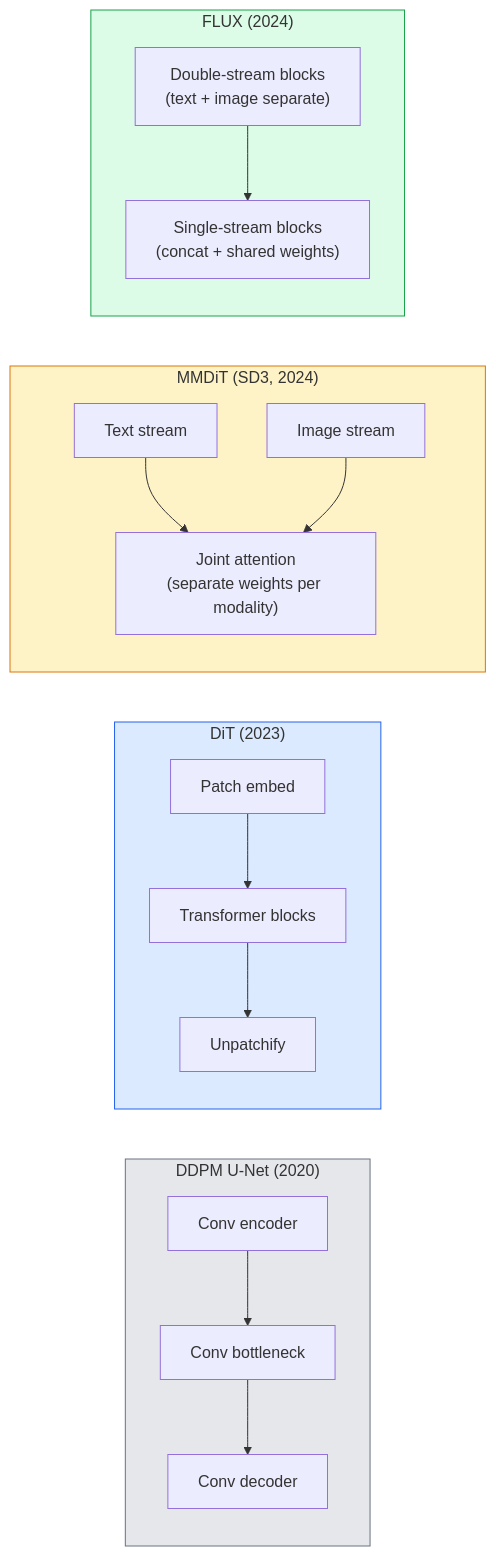
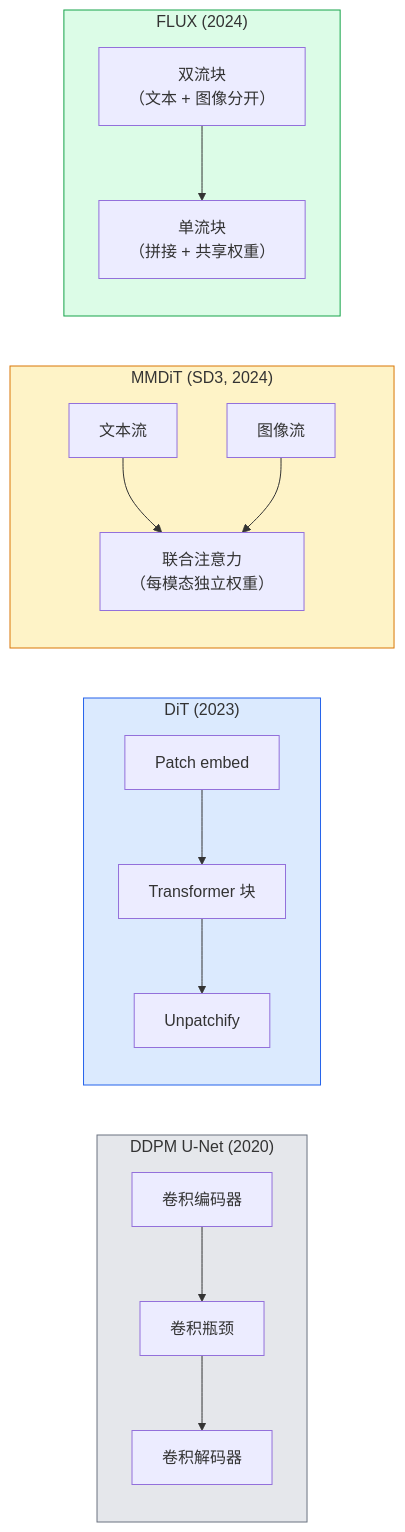
One commit to alessandrodinisio-ai/ai-engineering-learning-framework changed the diagram in phases/04-computer-vision/23-diffusion-transformers-rectified-flow/docs/en.md. Above: the diagram before and after it, drawn with Mermaid. The commit also changed other lines of this file and 443 other files, not shown here.

First line of the commit message:
feat(zh): 完成 435 节课程文档 + README/ROADMAP/术语表 + 网站 UI 全量中文化

````diff
--- a/phases/04-computer-vision/23-diffusion-transformers-rectified-flow/docs/en.md
+++ b/phases/04-computer-vision/23-diffusion-transformers-rectified-flow/docs/en.md
@@ -29,21 +29,21 @@
 ```mermaid
 flowchart LR
     subgraph UNET["DDPM U-Net (2020)"]
-        U1["Conv encoder"] --> U2["Conv bottleneck"] --> U3["Conv decoder"]
+        U1["卷积编码器"] --> U2["卷积瓶颈"] --> U3["卷积解码器"]
     end
     subgraph DIT["DiT (2023)"]
-        D1["Patch embed"] --> D2["Transformer blocks"] --> D3["Unpatchify"]
+        D1["Patch embed"] --> D2["Transformer 块"] --> D3["Unpatchify"]
     end
     subgraph MMDIT["MMDiT (SD3, 2024)"]
-        M1["Text stream"] --> M3["Joint attention<br/>(separate weights per modality)"]
-        M2["Image stream"] --> M3
+        M1["文本流"] --> M3["联合注意力<br/>（每模态独立权重）"]
+        M2["图像流"] --> M3
     end
     subgraph FLUX["FLUX (2024)"]
-        F1["Double-stream blocks<br/>(text + image separate)"] --> F2["Single-stream blocks<br/>(concat + shared weights)"]
+        F1["双流块<br/>（文本 + 图像分开）"] --> F2["单流块<br/>（拼接 + 共享权重）"]
     end
 
     style UNET fill:#e5e7eb,stroke:#6b7280
     style DIT fill:#dbeafe,stroke:#2563eb
     style MMDIT fill:#fef3c7,stroke:#d97706
     style FLUX fill:#dcfce7,stroke:#16a34a
 ```
````
